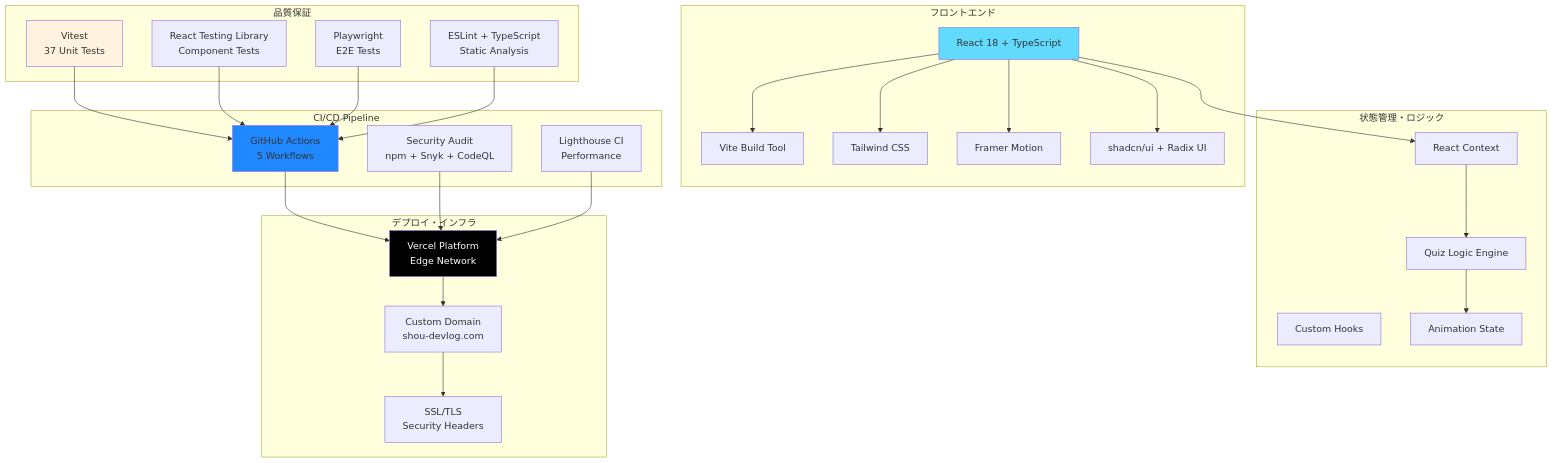
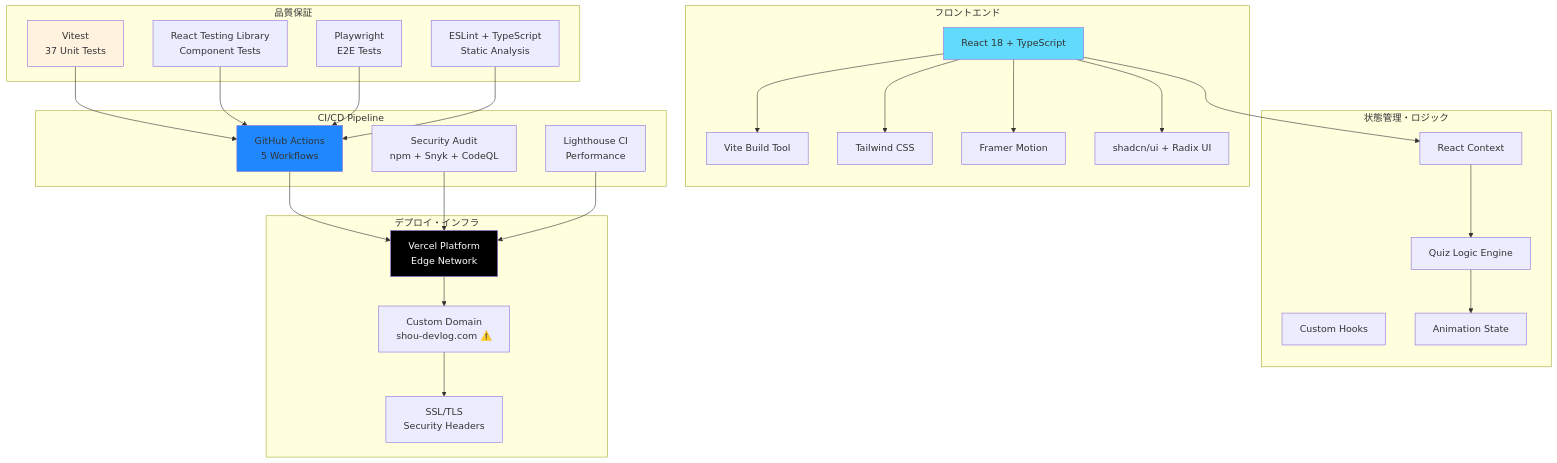
Before and after one commit to shou-dev19/poke-type-quiz: the first of 2 diagrams in README.md, drawn with Mermaid. The commit also changed other lines of this file, not shown here.

````diff
--- a/README.md
+++ b/README.md
@@ -28,57 +28,57 @@
 ```mermaid
 graph TB
     subgraph "フロントエンド"
         A[React 18 + TypeScript]
         A --> B[Vite Build Tool]
         A --> C[Tailwind CSS]
         A --> D[Framer Motion]
         A --> E[shadcn/ui + Radix UI]
     end
     
     subgraph "状態管理・ロジック"
         F[React Context]
         G[Custom Hooks]
         H[Quiz Logic Engine]
         I[Animation State]
     end
     
     subgraph "品質保証"
         J[Vitest<br/>37 Unit Tests]
         K[React Testing Library<br/>Component Tests]
         L[Playwright<br/>E2E Tests]
         M[ESLint + TypeScript<br/>Static Analysis]
     end
     
     subgraph "CI/CD Pipeline"
         N[GitHub Actions<br/>5 Workflows]
         O[Security Audit<br/>npm + Snyk + CodeQL]
         P[Lighthouse CI<br/>Performance]
     end
     
     subgraph "デプロイ・インフラ"
         Q[Vercel Platform<br/>Edge Network]
-        R[Custom Domain<br/>shou-devlog.com]
+        R[Custom Domain<br/>shou-devlog.com ⚠️]
         S[SSL/TLS<br/>Security Headers]
     end
     
     A --> F
     F --> H
     H --> I
     
     J --> N
     K --> N
     L --> N
     M --> N
     
     N --> Q
     O --> Q
     P --> Q
     
     Q --> R
     R --> S
     
     style A fill:#61dafb
     style J fill:#fff3e0
     style N fill:#2088ff
     style Q fill:#000000,color:#ffffff
 ```
````
